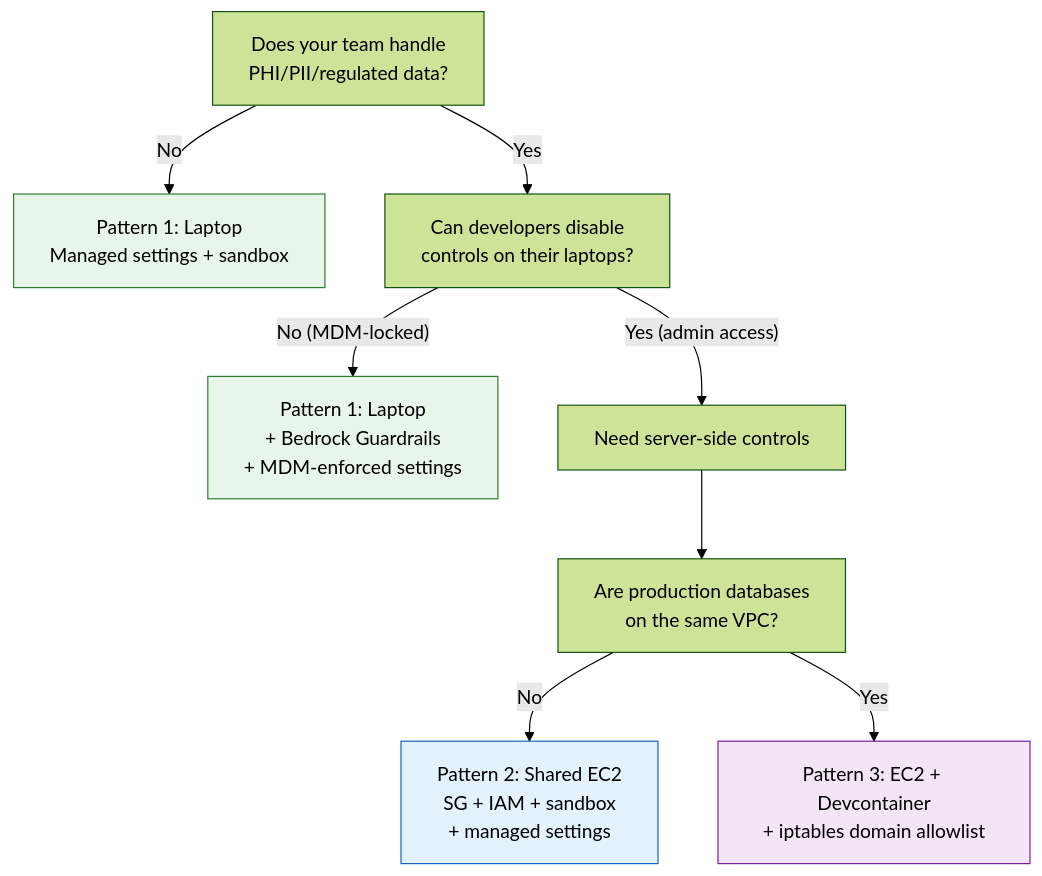
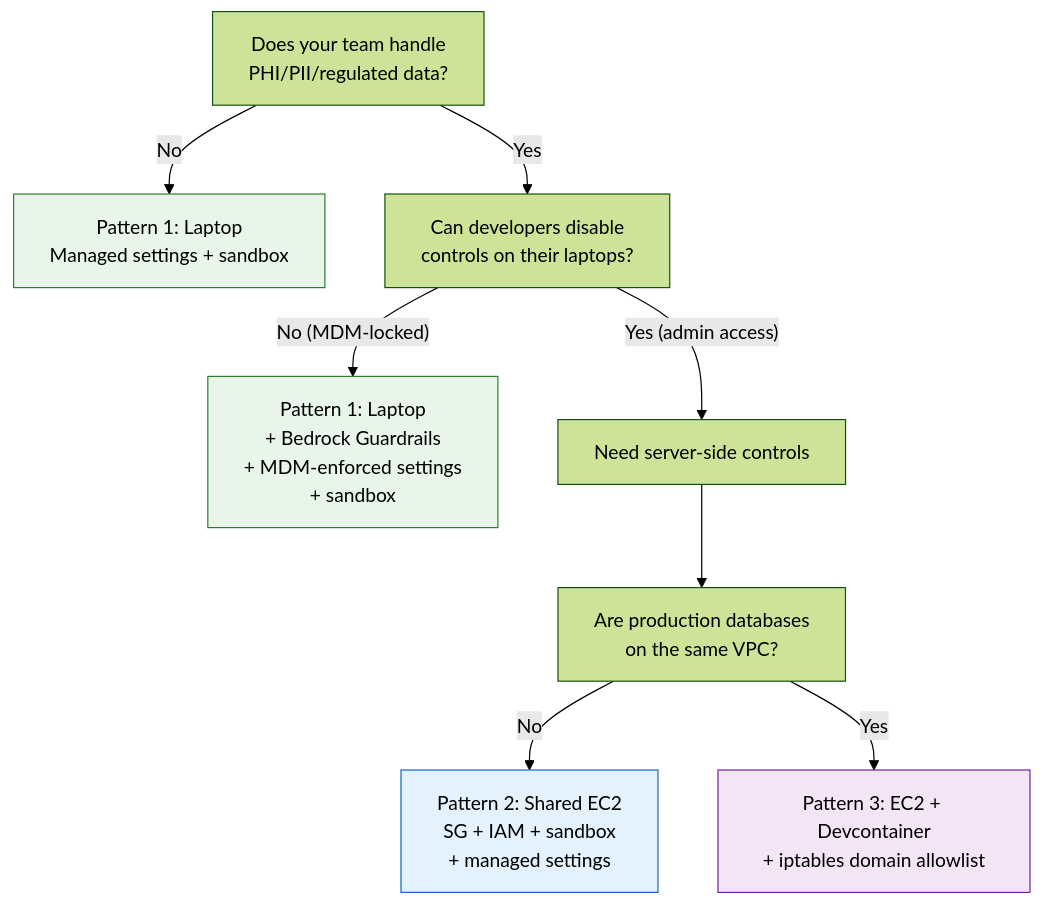
Before and after one commit to aidin-repo/claude-code-ec2-isolation: the first of 4 diagrams in README.md, drawn with Mermaid (forest theme).

Commit message:
Add sandbox to Pattern 1 MDM-locked in decision tree

````diff
--- a/README.md
+++ b/README.md
@@ -41,15 +41,15 @@
 ```mermaid
 graph TD
   A["Does your team handle<br>PHI/PII/regulated data?"] -->|No| B["Pattern 1: Laptop<br>Managed settings + sandbox"]
   A -->|Yes| C["Can developers disable<br>controls on their laptops?"]
-  C -->|"No (MDM-locked)"| D["Pattern 1: Laptop<br>+ Bedrock Guardrails<br>+ MDM-enforced settings"]
+  C -->|"No (MDM-locked)"| D["Pattern 1: Laptop<br>+ Bedrock Guardrails<br>+ MDM-enforced settings<br>+ sandbox"]
   C -->|"Yes (admin access)"| E["Need server-side controls"]
   E --> F["Are production databases<br>on the same VPC?"]
   F -->|No| G["Pattern 2: Shared EC2<br>SG + IAM + sandbox<br>+ managed settings"]
   F -->|Yes| H["Pattern 3: EC2 + Devcontainer<br>+ iptables domain allowlist"]
 
   style B fill:#e8f5e9,stroke:#2e7d32,color:#000
   style D fill:#e8f5e9,stroke:#2e7d32,color:#000
   style G fill:#e3f2fd,stroke:#1565c0,color:#000
   style H fill:#f3e5f5,stroke:#7b1fa2,color:#000
 ```
````
